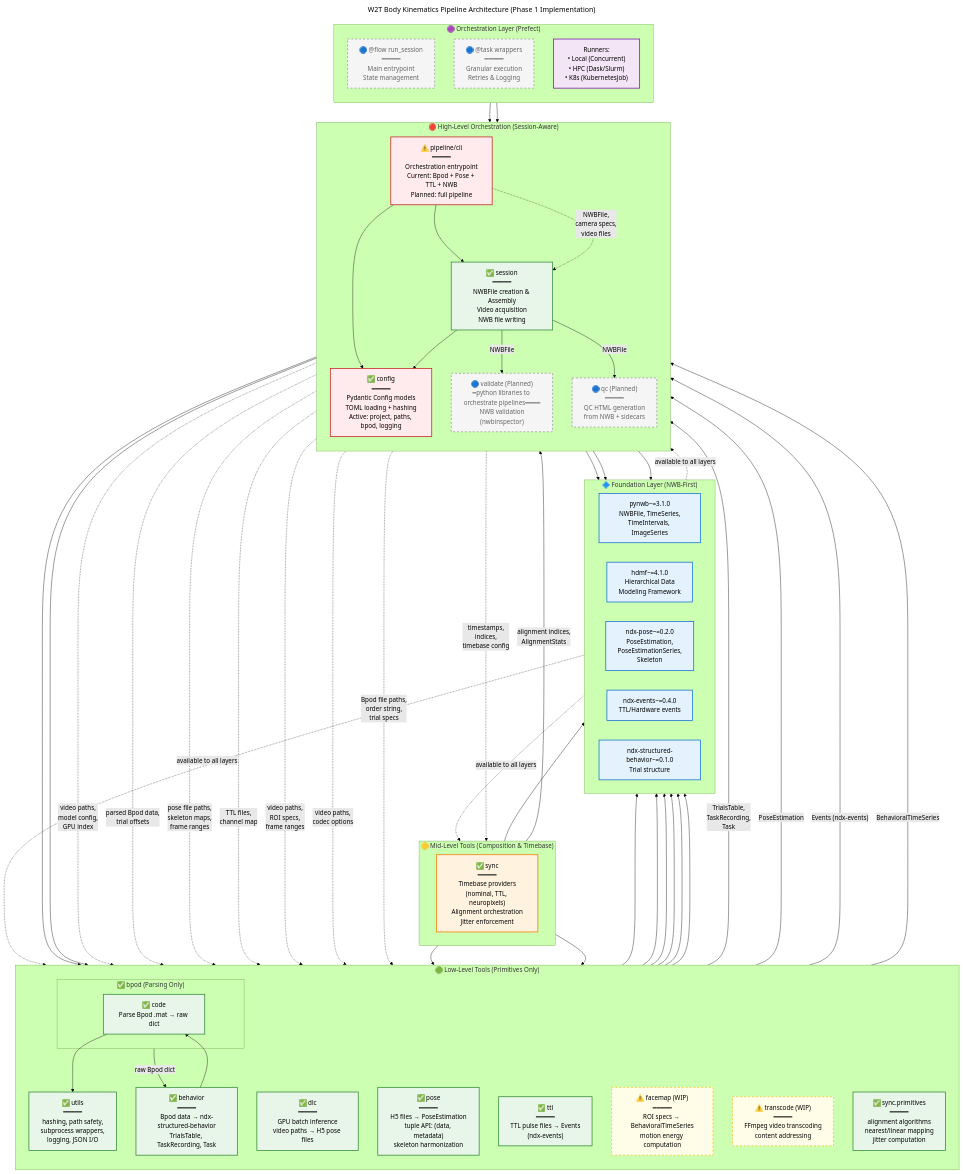
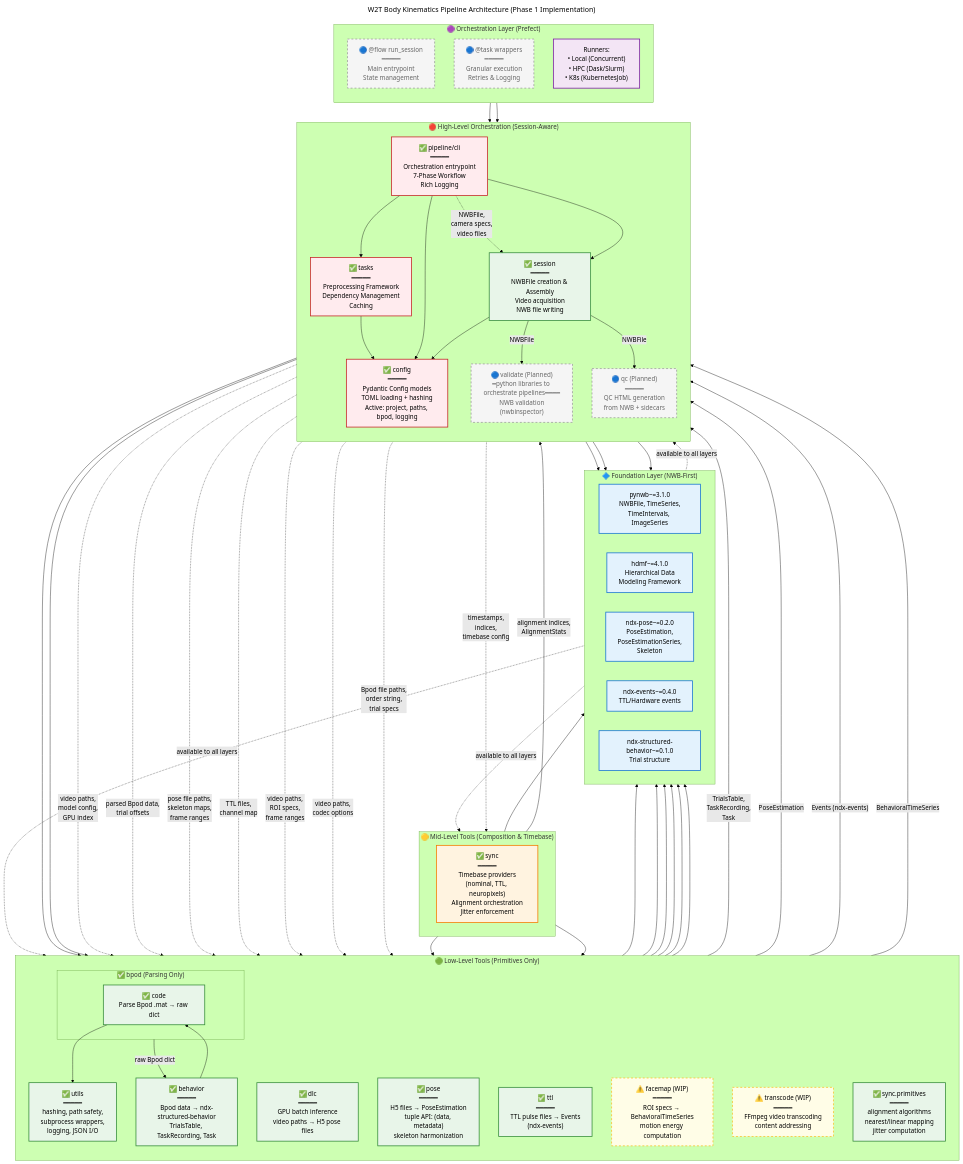
The diagram in docs/architecture_diagram.mmd (BorjaEst/w2t-bkin), drawn with Mermaid (forest theme) before and after one commit. The commit also changed 26 other files, not shown here.

Commit message:
migrate bpod, behavior and ttl to ingest subpackage

```diff
--- a/docs/architecture_diagram.mmd
+++ b/docs/architecture_diagram.mmd
@@ -1,178 +1,182 @@
 ---
 title: W2T Body Kinematics Pipeline Architecture (Phase 1 Implementation)
 ---
 graph TD
     %% ============================================================================
     %% LEGEND: Implementation Status
     %% ✅ Implemented | ⚠️ Partial/WIP | 🔵 Planned
     %% ============================================================================
     
     %% ============================================================================
     %% FOUNDATION LAYER (NWB-First)
     %% External dependencies available to all layers
     %% ============================================================================
     subgraph Foundation["🔷 Foundation Layer (NWB-First)"]
         direction LR
         pynwb["pynwb~=3.1.0<br/>NWBFile, TimeSeries,<br/>TimeIntervals, ImageSeries"]
         hdmf["hdmf~=4.1.0<br/>Hierarchical Data<br/>Modeling Framework"]
         ndx_pose["ndx-pose~=0.2.0<br/>PoseEstimation,<br/>PoseEstimationSeries,<br/>Skeleton"]
         ndx_events["ndx-events~=0.4.0<br/>TTL/Hardware events"]
         ndx_behavior["ndx-structured-behavior~=0.1.0<br/>Trial structure"]
     end
 
     %% ============================================================================
     %% LOW-LEVEL LAYER
     %% Raw files + primitives → NWB-native structures
     %% NEVER imports config, Session, or Manifest
     %% ============================================================================
     subgraph LowLevel["🟢 Low-Level Tools (Primitives Only)"]
         direction TB
         
         utils["✅ utils<br/>━━━━━<br/>hashing, path safety,<br/>subprocess wrappers,<br/>logging, JSON I/O"]
         
         subgraph BpodModule["✅ bpod (Parsing Only)"]
             bpod_code["✅ code<br/>Parse Bpod .mat → raw dict"]
         end
         
         behavior["✅ behavior<br/>━━━━━<br/>Bpod data → ndx-structured-behavior<br/>TrialsTable, TaskRecording, Task"]
         
         dlc["✅ dlc<br/>━━━━━<br/>GPU batch inference<br/>video paths → H5 pose files"]
         
         pose["✅ pose<br/>━━━━━<br/>H5 files → PoseEstimation<br/>tuple API: (data, metadata)<br/>skeleton harmonization"]
         
         ttl["✅ ttl<br/>━━━━━<br/>TTL pulse files → Events<br/>(ndx-events)"]
 
         facemap["⚠️ facemap (WIP)<br/>━━━━━<br/>ROI specs → BehavioralTimeSeries<br/>motion energy computation"]
         
         transcode["⚠️ transcode (WIP)<br/>━━━━━<br/>FFmpeg video transcoding<br/>content addressing"]
         
         sync_primitives["✅ sync.primitives<br/>━━━━━<br/>alignment algorithms<br/>nearest/linear mapping<br/>jitter computation"]
     end
 
     %% ============================================================================
     %% MID-LEVEL LAYER
     %% Composition + timebase, no TOML/filesystem knowledge
     %% ============================================================================
     subgraph MidLevel["🟡 Mid-Level Tools (Composition & Timebase)"]
         direction LR
         
         sync["✅ sync<br/>━━━━━<br/>Timebase providers<br/>(nominal, TTL, neuropixels)<br/>Alignment orchestration<br/>Jitter enforcement"]
     end
 
     %% ============================================================================
     %% HIGH-LEVEL LAYER
     %% Session-aware orchestration, owns Config/Session/filesystem
     %% ============================================================================
     subgraph HighLevel["🔴 High-Level Orchestration (Session-Aware)"]
         direction TB
         
         config_pkg["✅ config<br/>━━━━━<br/>Pydantic Config models<br/>TOML loading + hashing<br/>Active: project, paths, bpod, logging"]
         
+        tasks["✅ tasks<br/>━━━━━<br/>Preprocessing Framework<br/>Dependency Management<br/>Caching"]
+
         session_mod["✅ session<br/>━━━━━<br/>NWBFile creation & Assembly<br/>Video acquisition<br/>NWB file writing"]
         
-        pipeline["⚠️ pipeline/cli<br/>━━━━━<br/>Orchestration entrypoint<br/>Current: Bpod + Pose + TTL + NWB<br/>Planned: full pipeline"]
+        pipeline["✅ pipeline/cli<br/>━━━━━<br/>Orchestration entrypoint<br/>7-Phase Workflow<br/>Rich Logging"]
         
         validate["🔵 validate (Planned)<br/>━python libraries to orchestrate pipelines━━━━<br/>NWB validation<br/>(nwbinspector)"]
         
         qc["🔵 qc (Planned)<br/>━━━━━<br/>QC HTML generation<br/>from NWB + sidecars"]
     end
 
     %% ============================================================================
     %% ORCHESTRATION LAYER (Prefect)
     %% Wraps High-Level logic for distributed execution
     %% ============================================================================
     subgraph Orchestration["🟣 Orchestration Layer (Prefect)"]
         direction TB
         prefect_flow["🔵 @flow run_session<br/>━━━━━<br/>Main entrypoint<br/>State management"]
         prefect_tasks["🔵 @task wrappers<br/>━━━━━<br/>Granular execution<br/>Retries & Logging"]
         
         runners["Runners:<br/>• Local (Concurrent)<br/>• HPC (Dask/Slurm)<br/>• K8s (KubernetesJob)"]
     end
 
     %% ============================================================================
     %% SOLID ARROWS (→) - Direct module imports allowed
     %% ============================================================================
     
     %% Foundation → All Layers (available everywhere)
     Foundation -.->|"available to all layers"| LowLevel
     Foundation -.->|"available to all layers"| MidLevel
     Foundation -.->|"available to all layers"| HighLevel
     
     %% Low-level → Foundation + Utils
     utils --> Foundation
     bpod_code --> utils
     behavior --> Foundation
     behavior --> bpod_code
     dlc --> Foundation
     pose --> Foundation
     ttl --> Foundation
     facemap --> Foundation
     
     %% Mid-level → Low-level + Foundation
     sync --> sync_primitives
     
     %% Mid-level → Low-level + Foundation
     sync --> sync_primitives
     sync --> Foundation
     
     %% High-level → Everything below
     config_pkg --> utils
     session_mod --> Foundation
     session_mod --> config_pkg
     pipeline --> config_pkg
     pipeline --> session_mod
     pipeline --> utils
+    pipeline --> tasks
+    tasks --> config_pkg
     validate --> Foundation
     qc --> Foundation
 
     %% Orchestration → High-Level
     prefect_flow --> pipeline
     prefect_tasks --> pipeline
 
     %% ============================================================================
     %% DOTTED ARROWS (-.→) - Orchestration calls with primitives only
     %% Pipeline calls low/mid-level with paths, strings, numbers (NO Session/Manifest)
     %% ============================================================================
     
-    pipeline -.->|"video paths,<br/>model config,<br/>GPU index"| dlc
+    tasks -.->|"video paths,<br/>model config,<br/>GPU index"| dlc
     pipeline -.->|"Bpod file paths,<br/>order string,<br/>trial specs"| BpodModule
     pipeline -.->|"parsed Bpod data,<br/>trial offsets"| behavior
     pipeline -.->|"pose file paths,<br/>skeleton maps,<br/>frame ranges"| pose
     pipeline -.->|"TTL files,<br/>channel map"| ttl
     pipeline -.->|"video paths,<br/>ROI specs,<br/>frame ranges"| facemap
     pipeline -.->|"video paths,<br/>codec options"| transcode
     pipeline -.->|"timestamps,<br/>indices,<br/>timebase config"| sync
     pipeline -.->|"NWBFile,<br/>camera specs,<br/>video files"| session_mod
 
     %% ============================================================================
     %% DATA FLOW (NWB objects through system)
     %% ============================================================================
     
     BpodModule -->|"raw Bpod dict"| behavior
     behavior -->|"TrialsTable,<br/>TaskRecording,<br/>Task"| session_mod
     pose -->|"PoseEstimation"| session_mod
     ttl -->|"Events (ndx-events)"| session_mod
     facemap -->|"BehavioralTimeSeries"| session_mod
     sync -->|"alignment indices,<br/>AlignmentStats"| session_mod
     session_mod -->|"NWBFile"| validate
     session_mod -->|"NWBFile"| qc
 
     %% ============================================================================
     %% STYLING
     %% ============================================================================
     
     classDef foundationStyle fill:#e3f2fd,stroke:#1976d2,stroke-width:2px,color:#000
     classDef lowLevelStyle fill:#e8f5e9,stroke:#388e3c,stroke-width:2px,color:#000
     classDef midLevelStyle fill:#fff3e0,stroke:#f57c00,stroke-width:2px,color:#000
     classDef highLevelStyle fill:#ffebee,stroke:#c62828,stroke-width:2px,color:#000
     classDef plannedStyle fill:#f5f5f5,stroke:#9e9e9e,stroke-width:2px,stroke-dasharray:5 5,color:#666
     classDef wipStyle fill:#fffde7,stroke:#fbc02d,stroke-width:2px,stroke-dasharray:5 5,color:#000
     classDef orchStyle fill:#f3e5f5,stroke:#7b1fa2,stroke-width:2px,color:#000
     
     class pynwb,hdmf,ndx_pose,ndx_events,ndx_behavior foundationStyle
     class utils,bpod_code,behavior,dlc,pose,ttl,sync_primitives,session_mod lowLevelStyle
     class sync midLevelStyle
-    class config_pkg,pipeline highLevelStyle
+    class config_pkg,pipeline,tasks highLevelStyle
     class validate,qc,prefect_flow,prefect_tasks plannedStyle
     class facemap,transcode wipStyle
     class runners orchStyle
```
